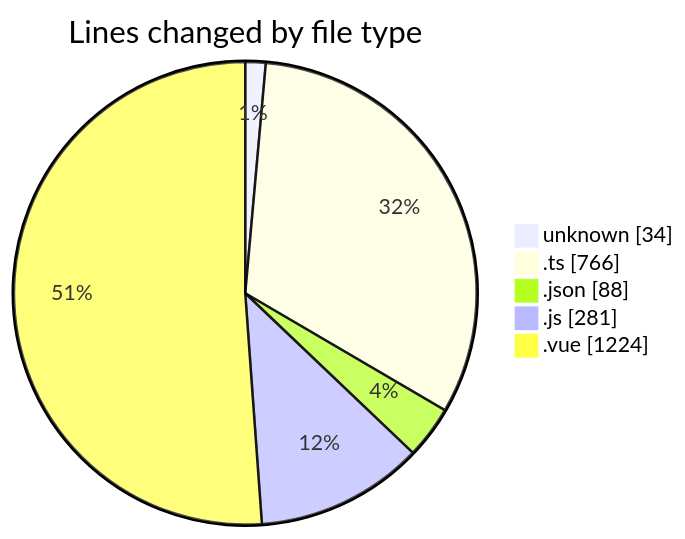
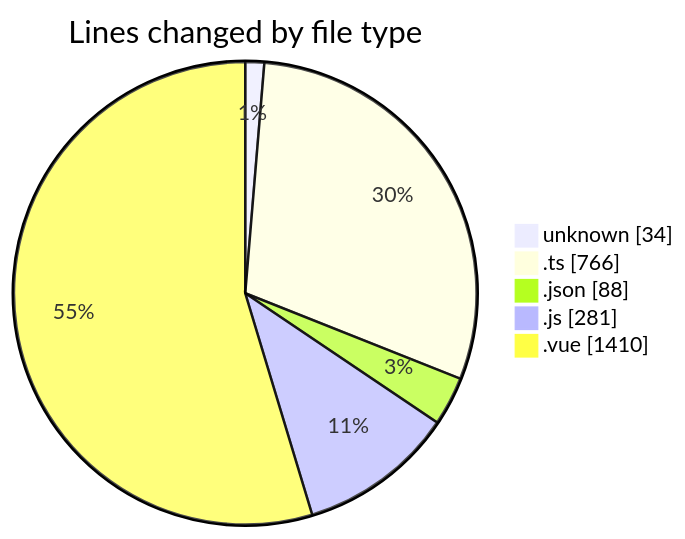
The first of 2 diagrams in 2025-07-13/rentotp/README.md (lephambinh05/code-tracking), drawn with Mermaid before and after one commit. The commit also changed other lines of this file and 1 other file, not shown here.

````diff
--- a/2025-07-13/rentotp/README.md
+++ b/2025-07-13/rentotp/README.md
@@ -46,9 +46,9 @@
 ```mermaid
 pie showData
 title Lines changed by file type
 "unknown" : 34
 ".ts" : 766
 ".json" : 88
 ".js" : 281
-".vue" : 1224
+".vue" : 1410
 ```
````
